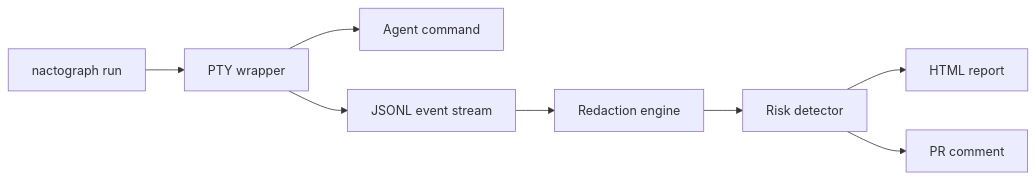
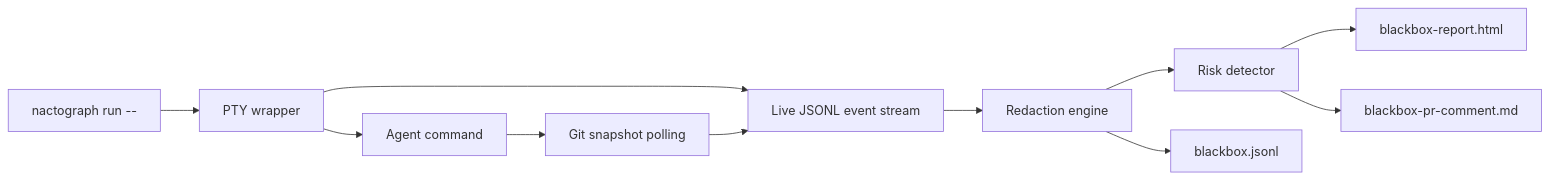
One commit to im-anishraj/noctograph changed the diagram in README.md. Above: the diagram before and after it, drawn with Mermaid. The commit also changed other lines of this file and 1 other file, not shown here.

````diff
--- a/README.md
+++ b/README.md
@@ -39,10 +104,13 @@
 ```mermaid
 flowchart LR
-  A["nactograph run"] --> B["PTY wrapper"]
+  A["nactograph run -- <agent>"] --> B["PTY wrapper"]
   B --> C["Agent command"]
-  B --> D["JSONL event stream"]
-  D --> E["Redaction engine"]
-  E --> F["Risk detector"]
-  F --> G["HTML report"]
-  F --> H["PR comment"]
+  B --> D["Live JSONL event stream"]
+  C --> E["Git snapshot polling"]
+  E --> D
+  D --> F["Redaction engine"]
+  F --> G["Risk detector"]
+  G --> H["blackbox-report.html"]
+  G --> I["blackbox-pr-comment.md"]
+  F --> J["blackbox.jsonl"]
 ```
````
